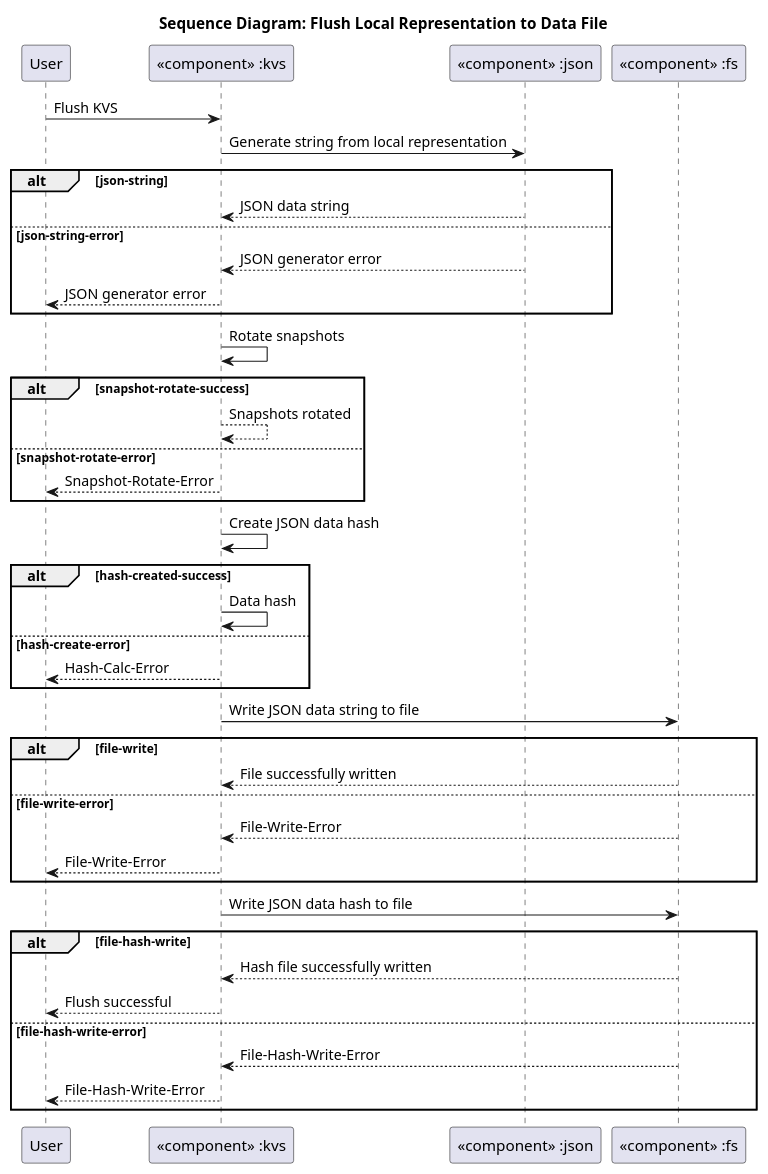
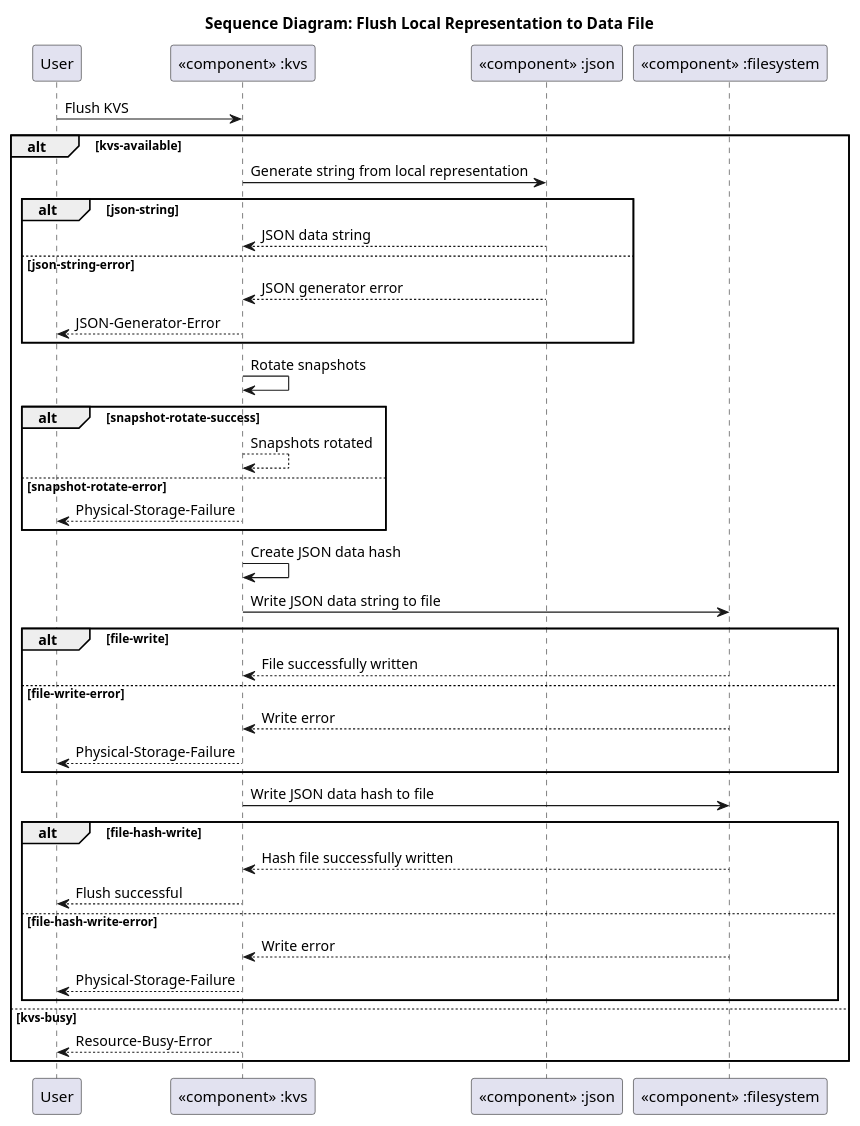
One commit to esrlabs/inc_mw_per changed the diagram in docs/features/persistency/architecture/_assets/kvs_dyn_flush_local_repr_to_file.puml. Above: the diagram before and after it, drawn with PlantUML. The commit also changed 13 other files, not shown here.

First line of the commit message:
docs:update feature architecture and component achitecture (#458)

```diff
--- a/docs/features/persistency/architecture/_assets/kvs_dyn_flush_local_repr_to_file.puml
+++ b/docs/features/persistency/architecture/_assets/kvs_dyn_flush_local_repr_to_file.puml
@@ -14,56 +14,54 @@
 @startuml
 
 title Sequence Diagram: Flush Local Representation to Data File
 
 participant "User" as actor
 participant "«component» :kvs" as kvs
 participant "«component» :json" as json_parser
-participant "«component» :fs" as fs
+participant "«component» :filesystem" as fs
 
 actor -> kvs: Flush KVS
 
-kvs -> json_parser: Generate string from local representation
+alt kvs-available
+    kvs -> json_parser: Generate string from local representation
 
-alt json-string
-    json_parser --> kvs: JSON data string
-else json-string-error
-    json_parser --> kvs: JSON generator error
-    kvs --> actor: JSON generator error
-end
+    alt json-string
+        json_parser --> kvs: JSON data string
+    else json-string-error
+        json_parser --> kvs: JSON generator error
+        kvs --> actor: JSON-Generator-Error
+    end
 
-kvs -> kvs: Rotate snapshots
+    kvs -> kvs: Rotate snapshots
 
-alt snapshot-rotate-success
-    kvs --> kvs: Snapshots rotated
-else snapshot-rotate-error
-    kvs --> actor: Snapshot-Rotate-Error
-end
+    alt snapshot-rotate-success
+        kvs --> kvs: Snapshots rotated
+    else snapshot-rotate-error
+        kvs --> actor: Physical-Storage-Failure
+    end
 
-kvs -> kvs: Create JSON data hash
+    kvs -> kvs: Create JSON data hash
 
-alt hash-created-success
-    kvs -> kvs: Data hash
-else hash-create-error
-    kvs --> actor: Hash-Calc-Error
-end
+    kvs -> fs: Write JSON data string to file
 
-kvs -> fs: Write JSON data string to file
+    alt file-write
+        fs --> kvs: File successfully written
+    else file-write-error
+        fs --> kvs: Write error
+        kvs --> actor: Physical-Storage-Failure
+    end
 
-alt file-write
-    fs --> kvs: File successfully written
-else file-write-error
-    fs --> kvs: File-Write-Error
-    kvs --> actor: File-Write-Error
-end
+    kvs -> fs: Write JSON data hash to file
 
-kvs -> fs: Write JSON data hash to file
-
-alt file-hash-write
-    fs --> kvs: Hash file successfully written
-    kvs --> actor: Flush successful
-else file-hash-write-error
-    fs --> kvs: File-Hash-Write-Error
-    kvs --> actor: File-Hash-Write-Error
+    alt file-hash-write
+        fs --> kvs: Hash file successfully written
+        kvs --> actor: Flush successful
+    else file-hash-write-error
+        fs --> kvs: Write error
+        kvs --> actor: Physical-Storage-Failure
+    end
+else kvs-busy
+    kvs --> actor: Resource-Busy-Error
 end
 
 @enduml
```
